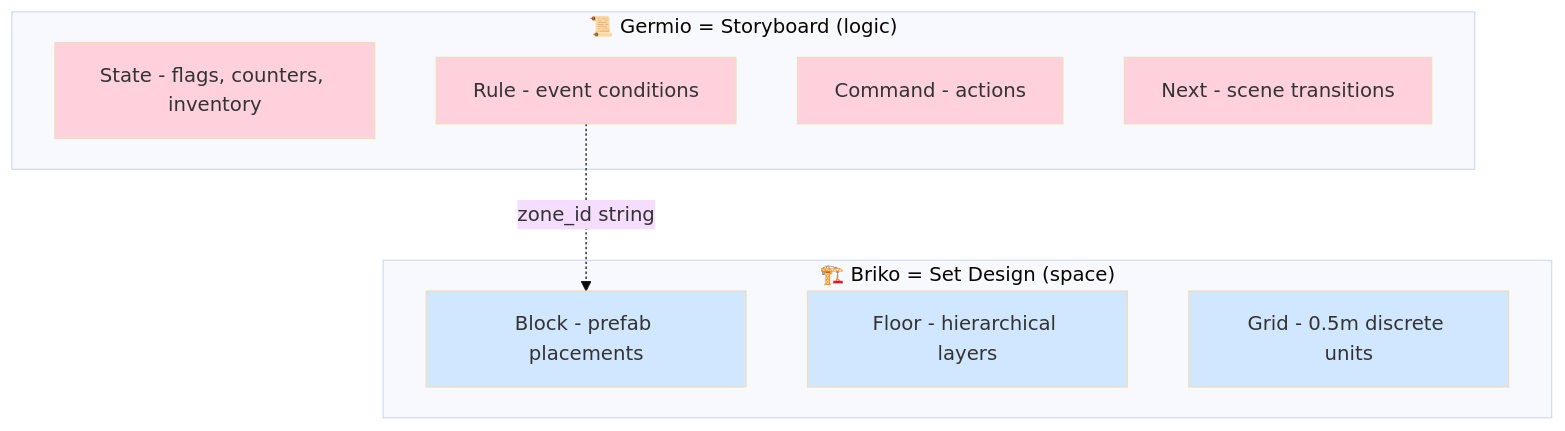
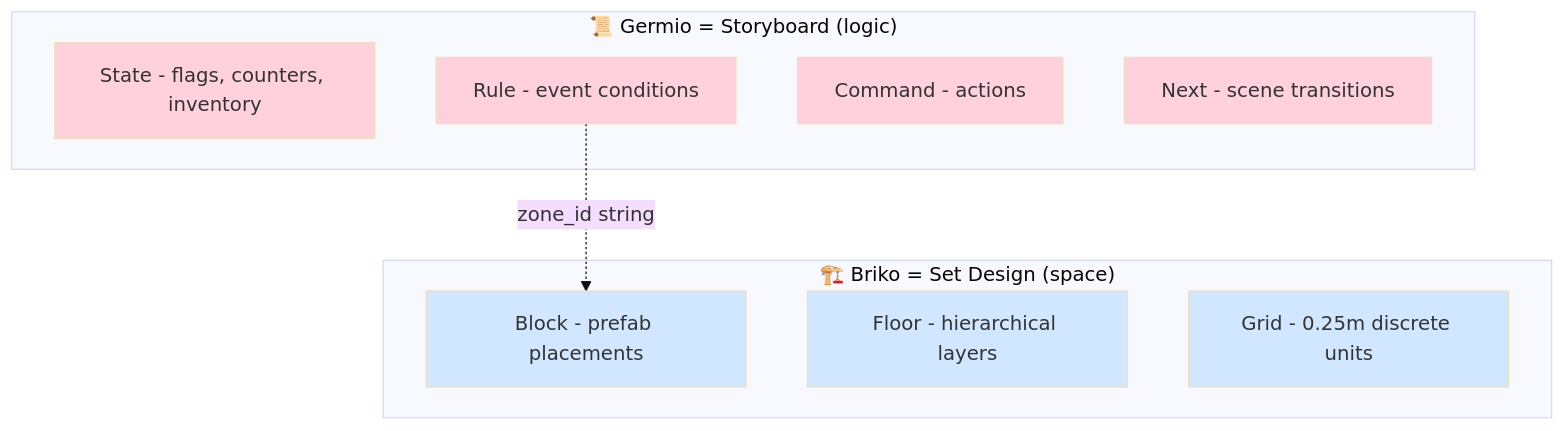
One commit to hiroxpepe/briko changed the third of 11 diagrams in README.md. Above: the diagram before and after it, drawn with Mermaid (base theme). The commit also changed other lines of this file and 2 other files, not shown here.

Commit message:
docs: Update the grid unit and file names to match the code

````diff
--- a/README.md
+++ b/README.md
@@ -95,25 +95,25 @@
 ```mermaid
 graph TB
     subgraph Germio["📜 Germio = Storyboard (logic)"]
         G1[State - flags, counters, inventory]
         G2[Rule - event conditions]
         G3[Command - actions]
         G4[Next - scene transitions]
     end
 
     subgraph Briko["🏗️ Briko = Set Design (space)"]
         B1[Block - prefab placements]
         B2[Floor - hierarchical layers]
-        B3[Grid - 0.5m discrete units]
+        B3[Grid - 0.25m discrete units]
     end
 
     G2 -.zone_id string.-> B1
 
     style G1 fill:#ffd1dc
     style G2 fill:#ffd1dc
     style G3 fill:#ffd1dc
     style G4 fill:#ffd1dc
     style B1 fill:#d1e7ff
     style B2 fill:#d1e7ff
     style B3 fill:#d1e7ff
 ```
````
